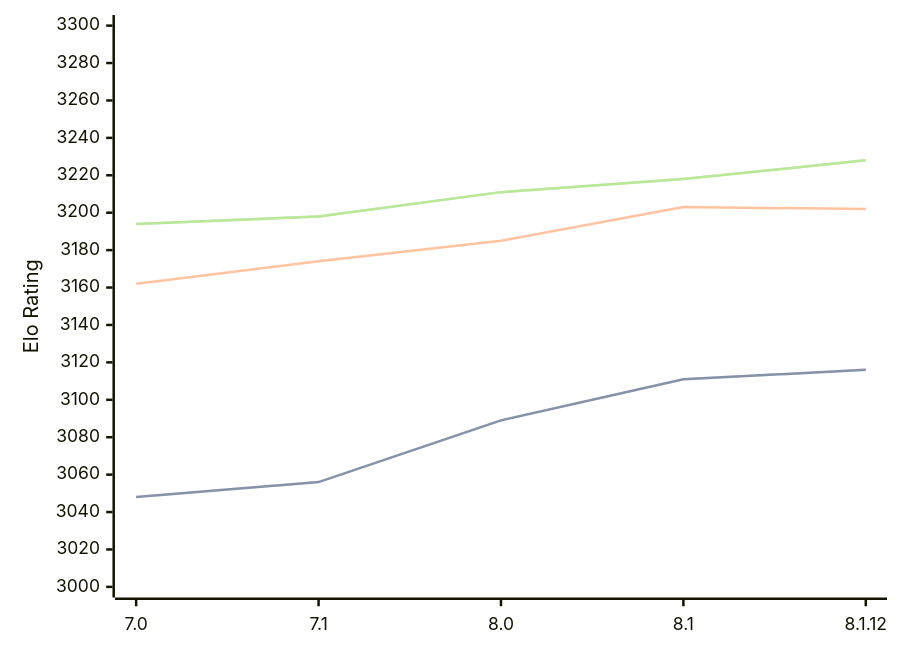
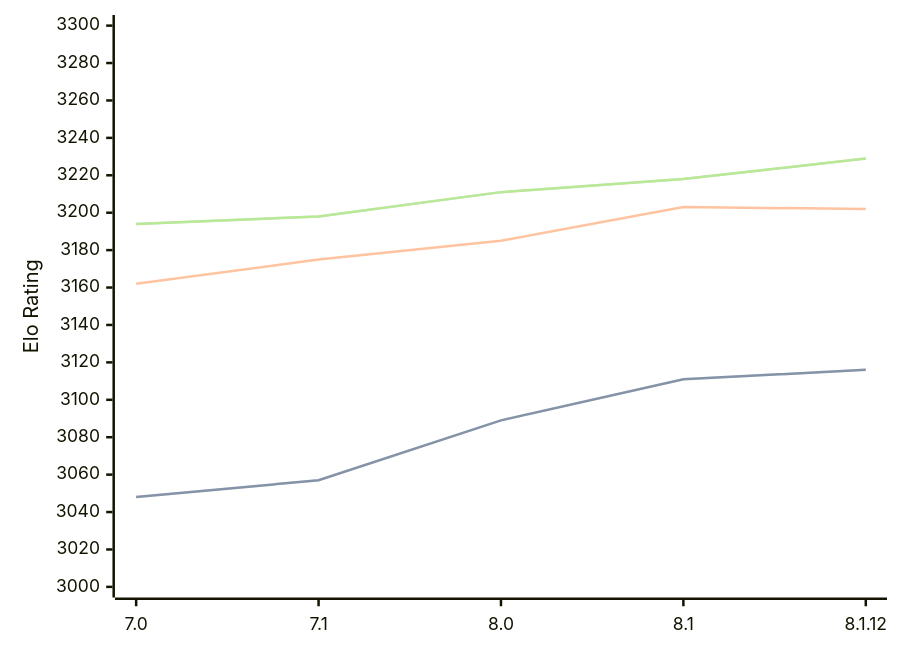
One commit to computer-chess-index/cci changed the diagram in engines/Alexandria.md. Above: the diagram before and after it, drawn with Mermaid. The commit also changed other lines of this file, not shown here.

Commit message:
Update CCI Ratings (ELO VLTC) - 2026-02-24

````diff
--- a/engines/Alexandria.md
+++ b/engines/Alexandria.md
@@ -51,11 +51,11 @@
 ```mermaid
 %%{init: {"theme":"base","themeVariables":{"seriesColors:['#a3a3a3','#222221','#faa371']}}}%%
 xychart-beta
   x-axis ["7.0", "7.1", "8.0", "8.1", "8.1.12"]
   y-axis "Elo Rating" 3000 --> 3300
-  line "STC (8.0+0.08s)" [3048, 3056, 3089, 3111, 3116]
-  line "STC (8.0+0.08s)" [3048, 3056, 3089, 3111, 3116]
-  line "LTC (60.0+0.60s)" [3162, 3174, 3185, 3203, 3202]
-  line "VLTC (2m24s+1.12s)" [3194, 3198, 3211, 3218, 3228]
-  line "VLTC (2m24s+1.12s)" [3194, 3198, 3211, 3218, 3228]
+  line "STC (8.0+0.08s)" [3048, 3057, 3089, 3111, 3116]
+  line "STC (8.0+0.08s)" [3048, 3057, 3089, 3111, 3116]
+  line "LTC (60.0+0.60s)" [3162, 3175, 3185, 3203, 3202]
+  line "VLTC (2m24s+1.12s)" [3194, 3198, 3211, 3218, 3229]
+  line "VLTC (2m24s+1.12s)" [3194, 3198, 3211, 3218, 3229]
 ```
````
